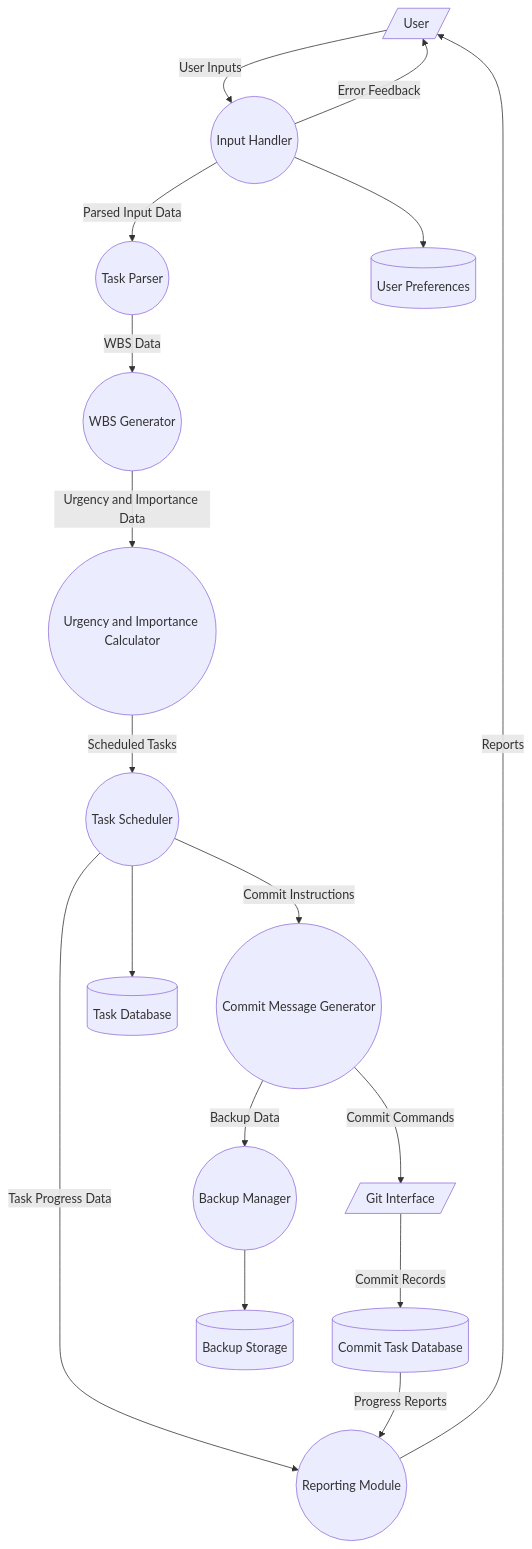
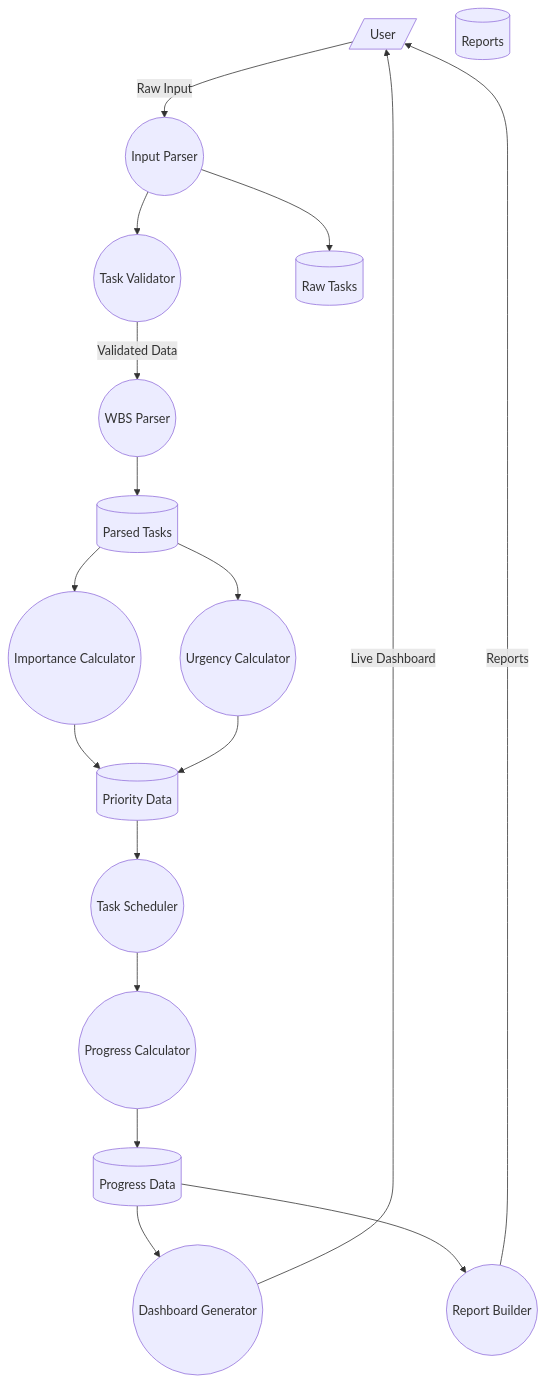
Before and after one commit to Shakour-Data/AutoProjectManagement: the third of 7 diagrams in Docs/entire_project/DFD_Diagrams.md, drawn with Mermaid. The commit also changed other lines of this file, not shown here.

````diff
--- a/Docs/entire_project/DFD_Diagrams.md
+++ b/Docs/entire_project/DFD_Diagrams.md
@@ -92,39 +70,50 @@
 ```mermaid
 graph TD
     User[/"User"/]
-    InputHandler((Input Handler))
-    TaskParser((Task Parser))
-    WBSGenerator((WBS Generator))
-    UrgencyImportanceCalc((Urgency and Importance Calculator))
-    TaskScheduler((Task Scheduler))
-    CommitMsgGenerator((Commit Message Generator))
-    GitInterface[/"Git Interface"/]
-    BackupManager((Backup Manager))
-    CommitTaskDB[(Commit Task Database)]
-    Reporting((Reporting Module))
-
-    User -->|User Inputs| InputHandler
-    InputHandler -->|Parsed Input Data| TaskParser
-    TaskParser -->|WBS Data| WBSGenerator
-    WBSGenerator -->|Urgency and Importance Data| UrgencyImportanceCalc
-    UrgencyImportanceCalc -->|Scheduled Tasks| TaskScheduler
-    TaskScheduler -->|Task Progress Data| Reporting
-    TaskScheduler -->|Commit Instructions| CommitMsgGenerator
-    CommitMsgGenerator -->|Commit Commands| GitInterface
-    GitInterface -->|Commit Records| CommitTaskDB
-    CommitMsgGenerator -->|Backup Data| BackupManager
-    CommitTaskDB -->|Progress Reports| Reporting
-    Reporting -->|Reports| User
-
-    %% Data Stores
-    TaskDB[(Task Database)]
-    UserPrefs[(User Preferences)]
-    BackupStorage[(Backup Storage)]
-
-    TaskScheduler --> TaskDB
-    InputHandler --> UserPrefs
-    BackupManager --> BackupStorage
-
-    %% Error Handling and Feedback
-    InputHandler -->|Error Feedback| User
+    
+    %% Input Modules
+    Input_Parser((Input Parser))
+    Task_Validator((Task Validator))
+    
+    %% Processing Modules
+    WBS_Parser((WBS Parser))
+    Importance_Calc((Importance Calculator))
+    Urgency_Calc((Urgency Calculator))
+    Task_Scheduler((Task Scheduler))
+    Progress_Calc((Progress Calculator))
+    
+    %% Output Modules
+    Dashboard((Dashboard Generator))
+    Report_Builder((Report Builder))
+    
+    %% Databases
+    Raw_Tasks[(Raw Tasks)]
+    Parsed_Tasks[(Parsed Tasks)]
+    Calculated_Priority[(Priority Data)]
+    Progress_Data[(Progress Data)]
+    Reports[(Reports)]
+    
+    %% Data Flows
+    User -->|Raw Input| Input_Parser
+    Input_Parser --> Raw_Tasks
+    Input_Parser --> Task_Validator
+    
+    Task_Validator -->|Validated Data| WBS_Parser
+    WBS_Parser --> Parsed_Tasks
+    
+    Parsed_Tasks --> Importance_Calc
+    Parsed_Tasks --> Urgency_Calc
+    
+    Importance_Calc --> Calculated_Priority
+    Urgency_Calc --> Calculated_Priority
+    
+    Calculated_Priority --> Task_Scheduler
+    Task_Scheduler --> Progress_Calc
+    
+    Progress_Calc --> Progress_Data
+    Progress_Data --> Dashboard
+    Progress_Data --> Report_Builder
+    
+    Dashboard -->|Live Dashboard| User
+    Report_Builder -->|Reports| User
 ```
````
